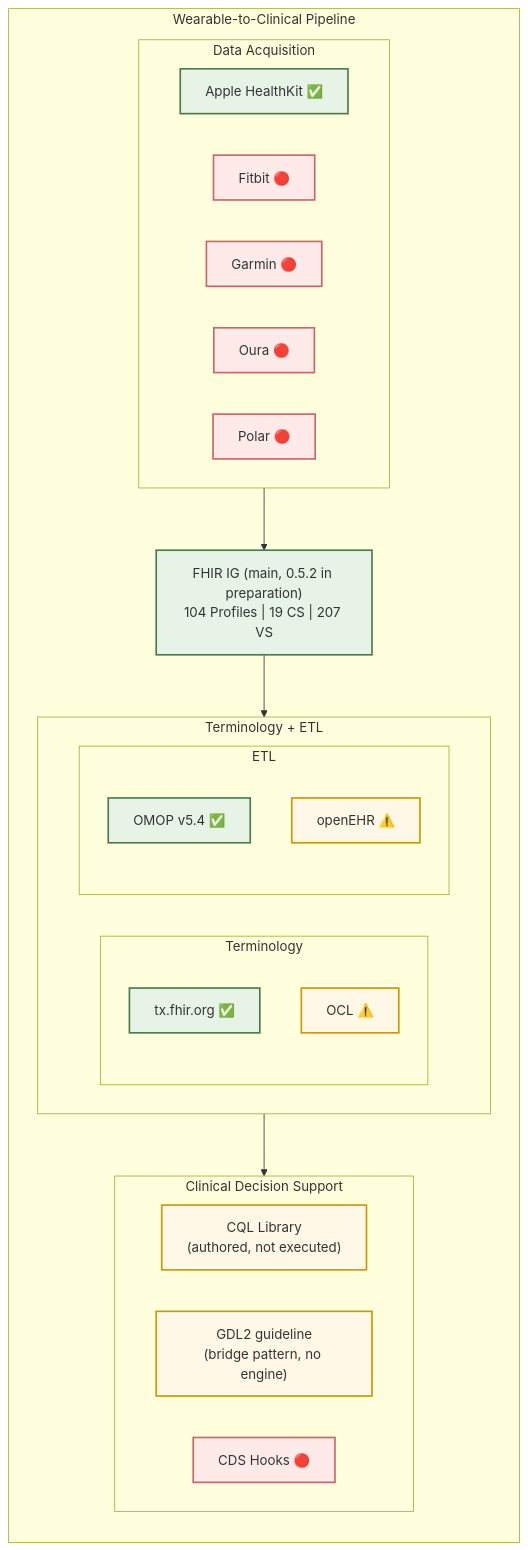
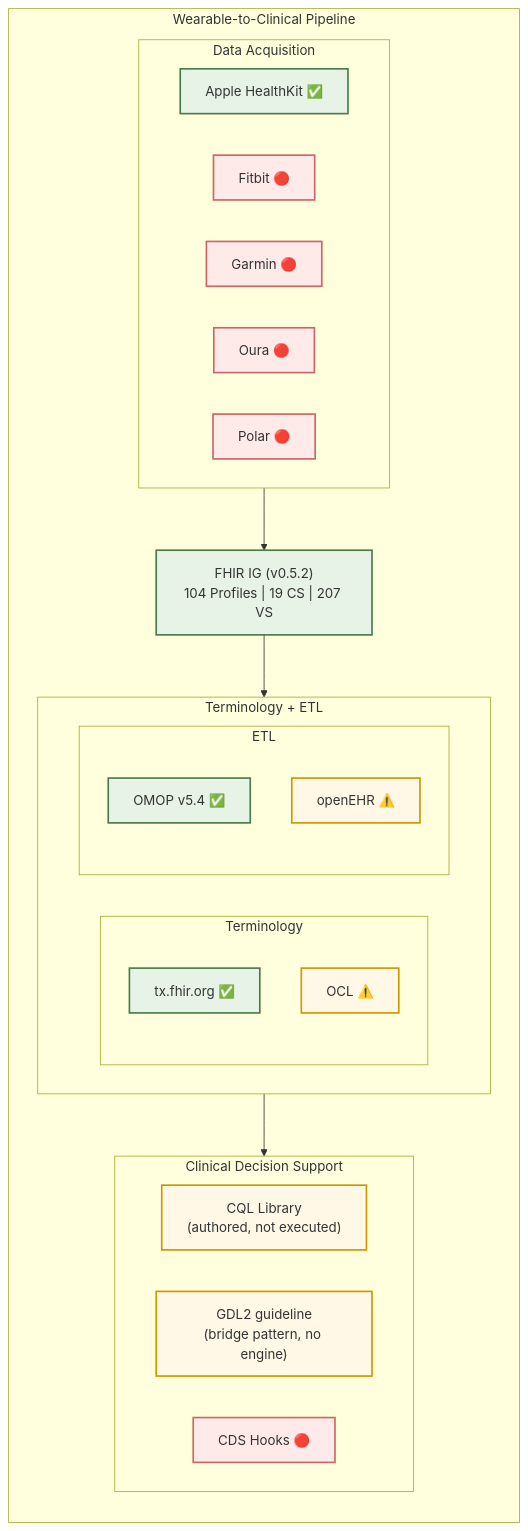
The first of 4 diagrams in README.md (RicardoLSantos/shorthand), drawn with Mermaid before and after one commit. The commit also changed other lines of this file and 5 other files, not shown here.

````diff
--- a/README.md
+++ b/README.md
@@ -34,48 +34,48 @@
 ```mermaid
 flowchart TB
     subgraph WP["Wearable-to-Clinical Pipeline"]
         direction TB
 
         subgraph TG1["Data Acquisition"]
             direction LR
             APPLE["Apple HealthKit ✅"]
             FITBIT["Fitbit 🔴"]
             GARMIN["Garmin 🔴"]
             OURA["Oura 🔴"]
             POLAR["Polar 🔴"]
         end
 
-        FHIRIG["FHIR IG (main, 0.5.2 in preparation)<br/>104 Profiles | 19 CS | 207 VS"]
+        FHIRIG["FHIR IG (v0.5.2)<br/>104 Profiles | 19 CS | 207 VS"]
 
         subgraph TG2["Terminology + ETL"]
             direction LR
             subgraph TERM["Terminology"]
                 TXFHIR["tx.fhir.org ✅"]
                 OCL["OCL ⚠️"]
             end
             subgraph ETL["ETL"]
                 OMOP["OMOP v5.4 ✅"]
                 OPENEHR["openEHR ⚠️"]
             end
         end
 
         subgraph TG4["Clinical Decision Support"]
             direction LR
             CQL["CQL Library<br/>(authored, not executed)"]
             GDL2["GDL2 guideline<br/>(bridge pattern, no engine)"]
             CDSHOOKS["CDS Hooks 🔴"]
         end
     end
 
     TG1 --> FHIRIG
     FHIRIG --> TG2
     TG2 --> TG4
 
     classDef done fill:#e6f3e6,stroke:#4a7c4a,stroke-width:2px,color:#333
     classDef partial fill:#fff8e6,stroke:#cc9900,stroke-width:2px,color:#333
     classDef todo fill:#ffeaea,stroke:#cc6666,stroke-width:2px,color:#333
 
     class APPLE,FHIRIG,TXFHIR,OMOP done
     class OCL,OPENEHR,CQL,GDL2 partial
     class FITBIT,GARMIN,OURA,POLAR,CDSHOOKS todo
 ```
````
